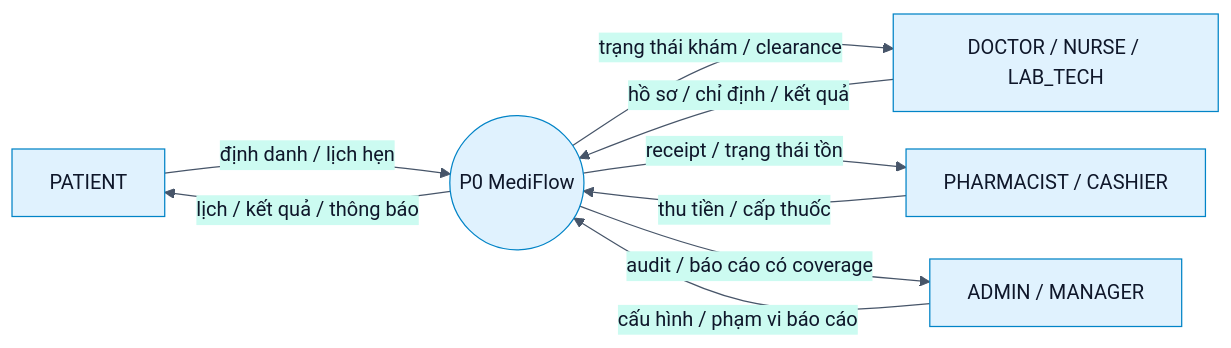
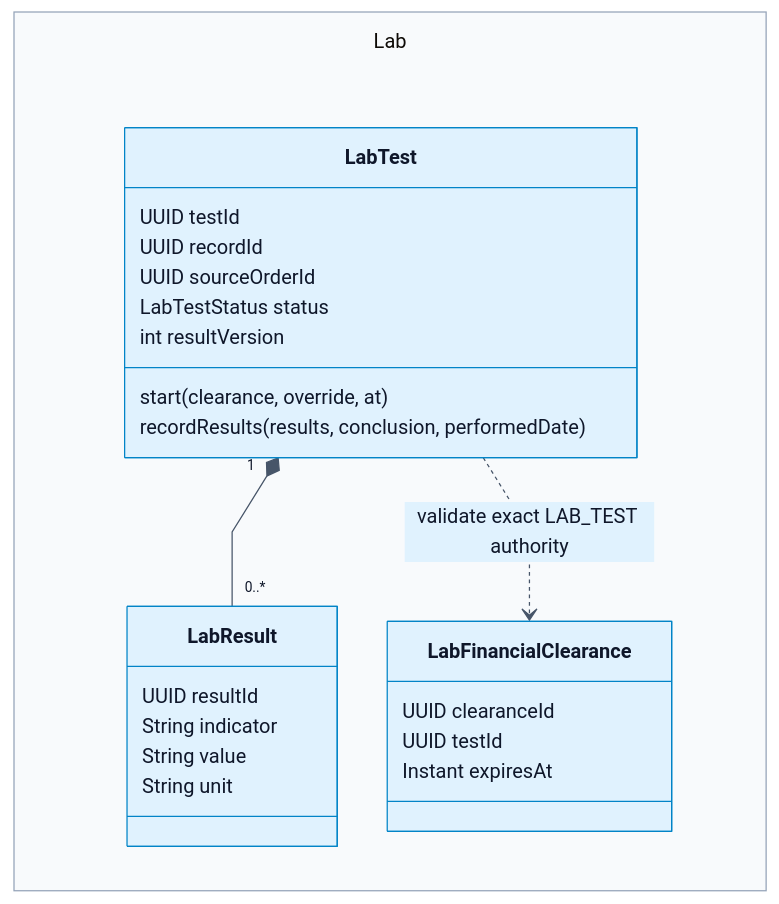
One commit to Dangvinh77/MediFlow changed diagram 22 of 41 in docs/monitor_proj_progress/02-giai-doan-2-thiet-ke-giao-dien-tieu-chuan/review-2/02-review-2-standard-vi.md. Above: the diagram before and after it, drawn with Mermaid. The commit also changed other lines of this file and 896 other files, not shown here.

Commit message:
docs(review2): align diagrams with supervisor feedback

````diff
--- a/docs/monitor_proj_progress/02-giai-doan-2-thiet-ke-giao-dien-tieu-chuan/review-2/02-review-2-standard-vi.md
+++ b/docs/monitor_proj_progress/02-giai-doan-2-thiet-ke-giao-dien-tieu-chuan/review-2/02-review-2-standard-vi.md
@@ -1093,12 +1114,29 @@
 ```mermaid
-%%{init: {"theme": "base", "securityLevel": "loose", "fontFamily": "Arial, sans-serif", "themeVariables": {"primaryColor": "#e0f2fe", "primaryTextColor": "#0f172a", "primaryBorderColor": "#0284c7", "lineColor": "#475569", "secondaryColor": "#ccfbf1", "tertiaryColor": "#f1f5f9", "background": "#ffffff", "mainBkg": "#e0f2fe", "nodeBorder": "#0284c7", "clusterBkg": "#f8fafc", "clusterBorder": "#94a3b8", "actorBkg": "#e0f2fe", "actorBorder": "#0284c7", "actorTextColor": "#0f172a", "signalColor": "#475569", "signalTextColor": "#0f172a", "labelBoxBkgColor": "#f1f5f9", "labelBoxBorderColor": "#94a3b8", "activationBkgColor": "#ccfbf1", "activationBorderColor": "#0f766e", "sequenceNumberColor": "#ffffff", "attributeBackgroundColorOdd": "#ffffff", "attributeBackgroundColorEven": "#f0f9ff"}, "flowchart": {"htmlLabels": true, "curve": "basis", "nodeSpacing": 30, "rankSpacing": 50}, "sequence": {"useMaxWidth": true, "wrap": true}, "er": {"useMaxWidth": true}}}%%
-flowchart LR
- PA["PATIENT"] -->|định danh / lịch hẹn| P0(("P0 MediFlow"))
- P0 -->|lịch / kết quả / thông báo| PA
- ST["DOCTOR / NURSE / LAB_TECH"] -->|hồ sơ / chỉ định / kết quả| P0
- P0 -->|trạng thái khám / clearance| ST
- PC["PHARMACIST / CASHIER"] -->|thu tiền / cấp thuốc| P0
- P0 -->|receipt / trạng thái tồn| PC
- MA["ADMIN / MANAGER"] -->|cấu hình / phạm vi báo cáo| P0
- P0 -->|audit / báo cáo có coverage| MA
+%%{init: {"theme": "base", "securityLevel": "loose", "fontFamily": "Arial, sans-serif", "themeVariables": {"primaryColor": "#e0f2fe", "primaryTextColor": "#0f172a", "primaryBorderColor": "#0284c7", "lineColor": "#475569", "secondaryColor": "#ccfbf1", "tertiaryColor": "#f1f5f9", "background": "#ffffff", "mainBkg": "#e0f2fe", "nodeBorder": "#0284c7", "clusterBkg": "#f8fafc", "clusterBorder": "#94a3b8", "actorBkg": "#e0f2fe", "actorBorder": "#0284c7", "actorTextColor": "#0f172a", "signalColor": "#475569", "signalTextColor": "#0f172a", "labelBoxBkgColor": "#f1f5f9", "labelBoxBorderColor": "#94a3b8", "activationBkgColor": "#ccfbf1", "activationBorderColor": "#0f766e", "sequenceNumberColor": "#ffffff", "attributeBackgroundColorOdd": "#ffffff", "attributeBackgroundColorEven": "#f0f9ff"}, "flowchart": {"htmlLabels": true, "curve": "linear", "nodeSpacing": 40, "rankSpacing": 46, "subGraphTitleMargin": {"top": 12, "bottom": 45}}, "sequence": {"useMaxWidth": true, "wrap": true, "actorMargin": 55, "width": 175, "messageMargin": 30, "mirrorActors": false}, "er": {"useMaxWidth": true}, "maxTextSize": 2000000, "class": {"nodeSpacing": 30, "rankSpacing": 55}}}%%
+classDiagram
+ direction LR
+ namespace Lab {
+  class LabTest {
+   UUID testId
+   UUID recordId
+   UUID sourceOrderId
+   LabTestStatus status
+   int resultVersion
+   start(clearance, override, at)
+   recordResults(results, conclusion, performedDate)
+  }
+  class LabResult {
+   UUID resultId
+   String indicator
+   String value
+   String unit
+  }
+  class LabFinancialClearance {
+   UUID clearanceId
+   UUID testId
+   Instant expiresAt
+  }
+ }
+ LabTest "1" *-- "0..*" LabResult
+ LabTest ..> LabFinancialClearance : validate exact LAB_TEST authority
 ```
````
